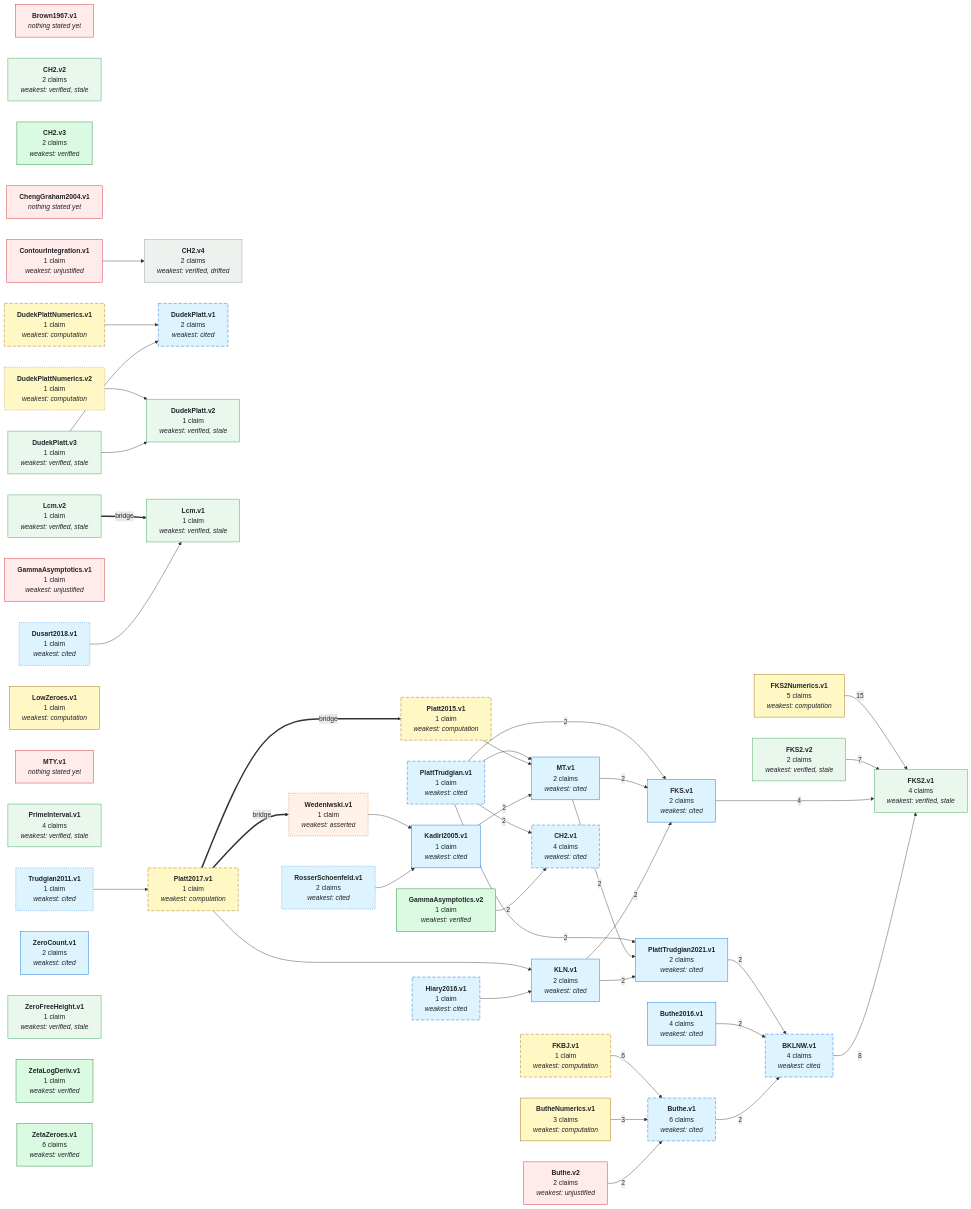
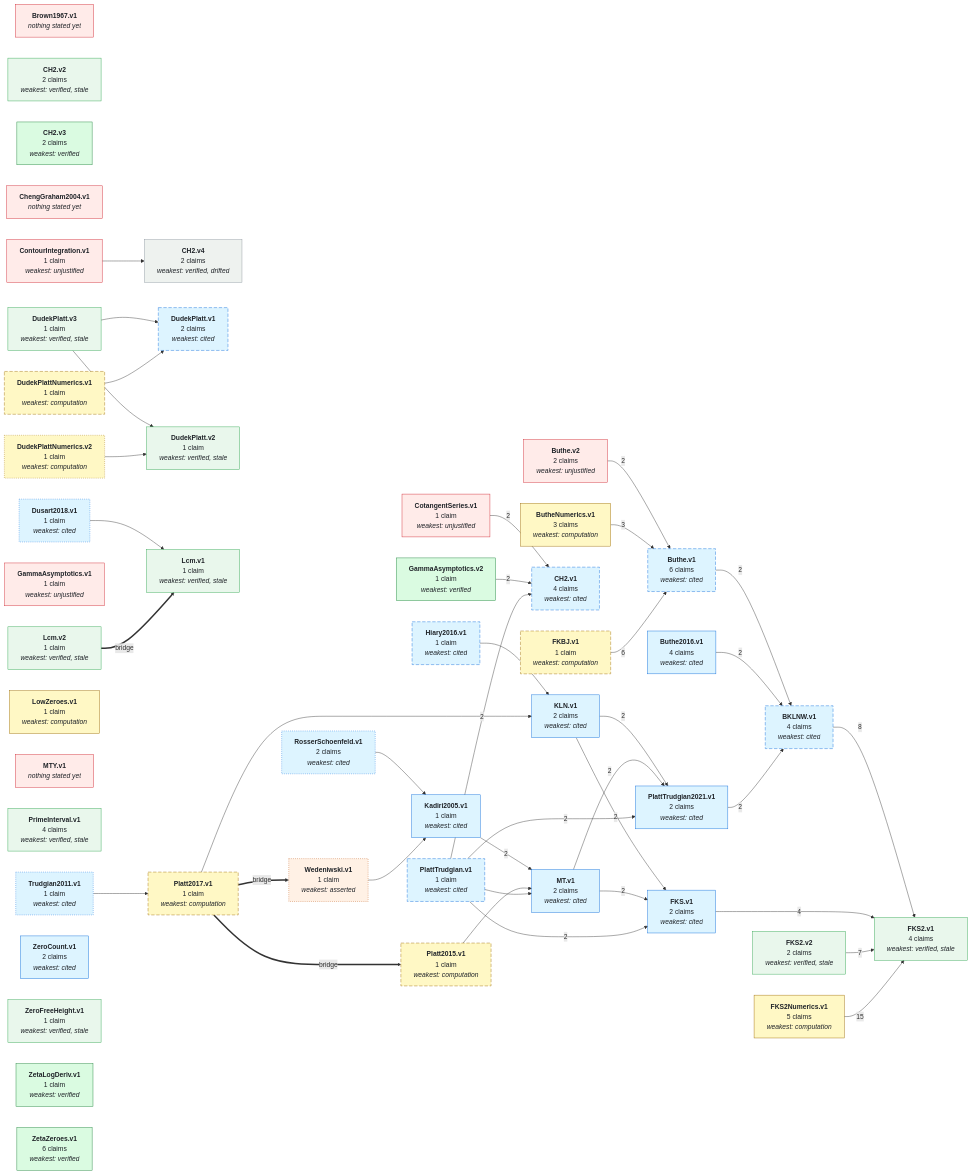
Before and after one commit to Chessing234/IEANTN: the first of 2 diagrams in GRAPH.md, drawn with Mermaid. The commit also changed other lines of this file and 12 other files, not shown here.

First line of the commit message:
CotangentSeries.v1, imported by CH2.v1 so section 7 can assume it

```diff
--- a/GRAPH.md
+++ b/GRAPH.md
@@ -64,6 +64,7 @@
   NCH2_v4["<b>CH2.v4</b><br/>2 claims<br/><i>weakest: verified, drifted</i>"]
   NChengGraham2004_v1["<b>ChengGraham2004.v1</b><br/><i>nothing stated yet</i>"]
   NContourIntegration_v1["<b>ContourIntegration.v1</b><br/>1 claim<br/><i>weakest: unjustified</i>"]
+  NCotangentSeries_v1["<b>CotangentSeries.v1</b><br/>1 claim<br/><i>weakest: unjustified</i>"]
   NDudekPlatt_v1["<b>DudekPlatt.v1</b><br/>2 claims<br/><i>weakest: cited</i>"]
   NDudekPlatt_v2["<b>DudekPlatt.v2</b><br/>1 claim<br/><i>weakest: verified, stale</i>"]
   NDudekPlatt_v3["<b>DudekPlatt.v3</b><br/>1 claim<br/><i>weakest: verified, stale</i>"]
@@ -103,6 +104,7 @@
   NButhe2016_v1 -->|2| NBKLNW_v1
   NButheNumerics_v1 -->|3| NButhe_v1
   NContourIntegration_v1 --> NCH2_v4
+  NCotangentSeries_v1 -->|2| NCH2_v1
   NDudekPlatt_v3 --> NDudekPlatt_v1
   NDudekPlatt_v3 --> NDudekPlatt_v2
   NDudekPlattNumerics_v1 --> NDudekPlatt_v1
@@ -147,7 +149,7 @@
   style NRosserSchoenfeld_v1 stroke-dasharray: 2 3;
   style NTrudgian2011_v1 stroke-dasharray: 2 3;
   style NWedeniwski_v1 stroke-dasharray: 2 3;
-  class NBrown1967_v1,NButhe_v2,NChengGraham2004_v1,NContourIntegration_v1,NGammaAsymptotics_v1,NMTY_v1 none_yet;
+  class NBrown1967_v1,NButhe_v2,NChengGraham2004_v1,NContourIntegration_v1,NCotangentSeries_v1,NGammaAsymptotics_v1,NMTY_v1 none_yet;
   class NCH2_v4 lean_comparator_drifted;
   class NWedeniwski_v1 asserted;
   class NBKLNW_v1,NButhe_v1,NButhe2016_v1,NCH2_v1,NDudekPlatt_v1,NDusart2018_v1,NFKS_v1,NHiary2016_v1,NKLN_v1,NKadiri2005_v1,NMT_v1,NPlattTrudgian_v1,NPlattTrudgian2021_v1,NRosserSchoenfeld_v1,NTrudgian2011_v1,NZeroCount_v1 literature;
@@ -164,6 +166,7 @@
   click NCH2_v3 href "https://github.com/teorth/IEANTN/blob/main/docs/nodes/CH2-v3.md" _blank
   click NCH2_v4 href "https://github.com/teorth/IEANTN/blob/main/docs/nodes/CH2-v4.md" _blank
   click NContourIntegration_v1 href "https://github.com/teorth/IEANTN/blob/main/docs/nodes/ContourIntegration-v1.md" _blank
+  click NCotangentSeries_v1 href "https://github.com/teorth/IEANTN/blob/main/docs/nodes/CotangentSeries-v1.md" _blank
   click NDudekPlatt_v1 href "https://github.com/teorth/IEANTN/blob/main/docs/nodes/DudekPlatt-v1.md" _blank
   click NDudekPlatt_v2 href "https://github.com/teorth/IEANTN/blob/main/docs/nodes/DudekPlatt-v2.md" _blank
   click NDudekPlatt_v3 href "https://github.com/teorth/IEANTN/blob/main/docs/nodes/DudekPlatt-v3.md" _blank
```
